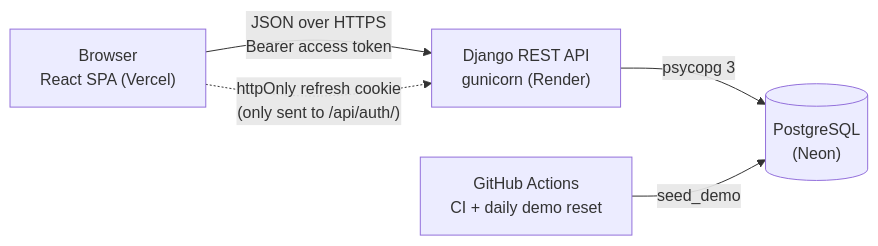
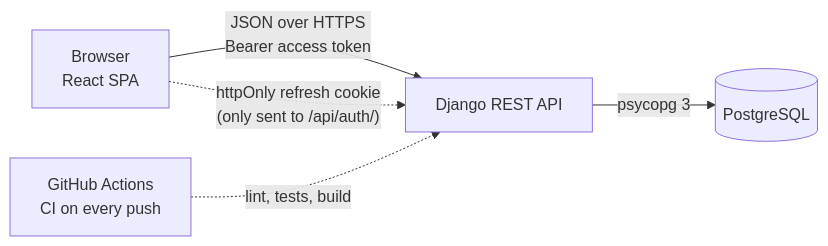
One commit to Ervzs/CareerPipeline changed the first of 2 diagrams in README.md. Above: the diagram before and after it, drawn with Mermaid. The commit also changed other lines of this file and 4 other files, not shown here.

````diff
--- a/README.md
+++ b/README.md
@@ -46,12 +58,12 @@
 ```mermaid
 flowchart LR
-    Browser["Browser<br/>React SPA (Vercel)"]
-    API["Django REST API<br/>gunicorn (Render)"]
-    DB[("PostgreSQL<br/>(Neon)")]
-    GHA["GitHub Actions<br/>CI + daily demo reset"]
+    Browser["Browser<br/>React SPA"]
+    API["Django REST API"]
+    DB[("PostgreSQL")]
+    GHA["GitHub Actions<br/>CI on every push"]
 
     Browser -- "JSON over HTTPS<br/>Bearer access token" --> API
     Browser -. "httpOnly refresh cookie<br/>(only sent to /api/auth/)" .-> API
     API -- "psycopg 3" --> DB
-    GHA -- "seed_demo" --> DB
+    GHA -. "lint, tests, build" .-> API
 ```
````
